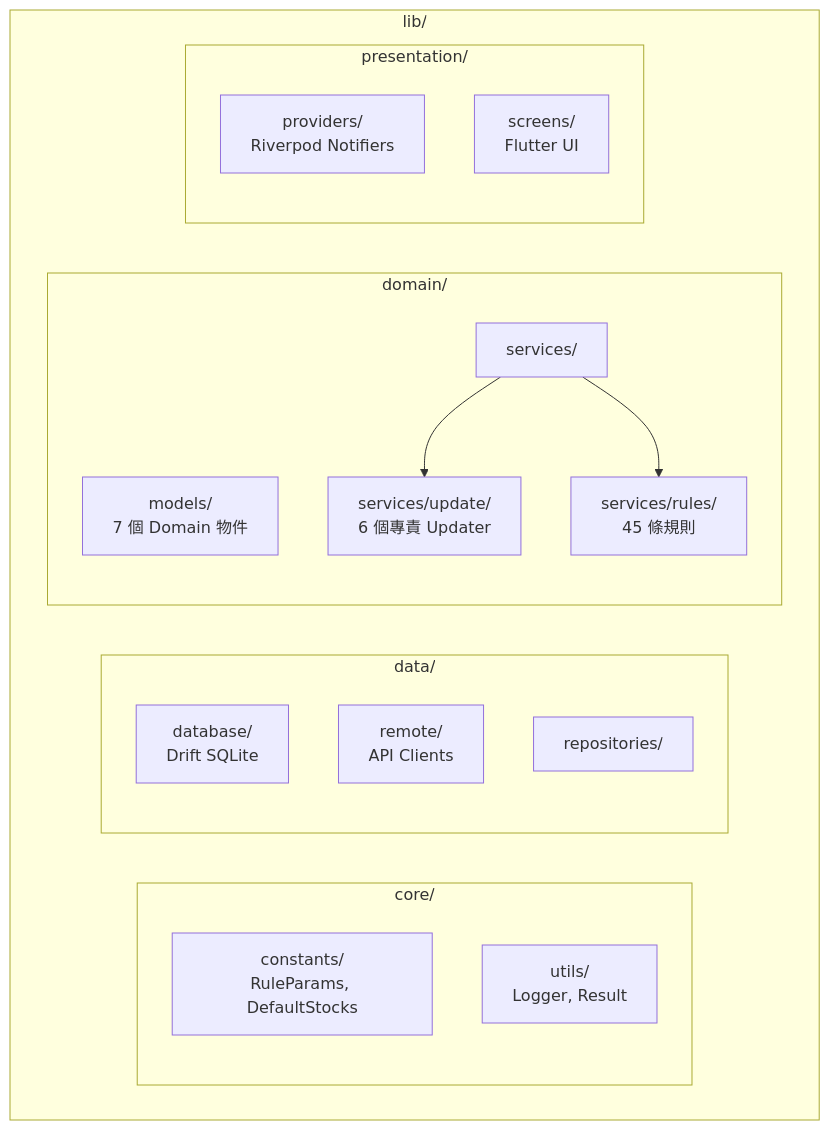
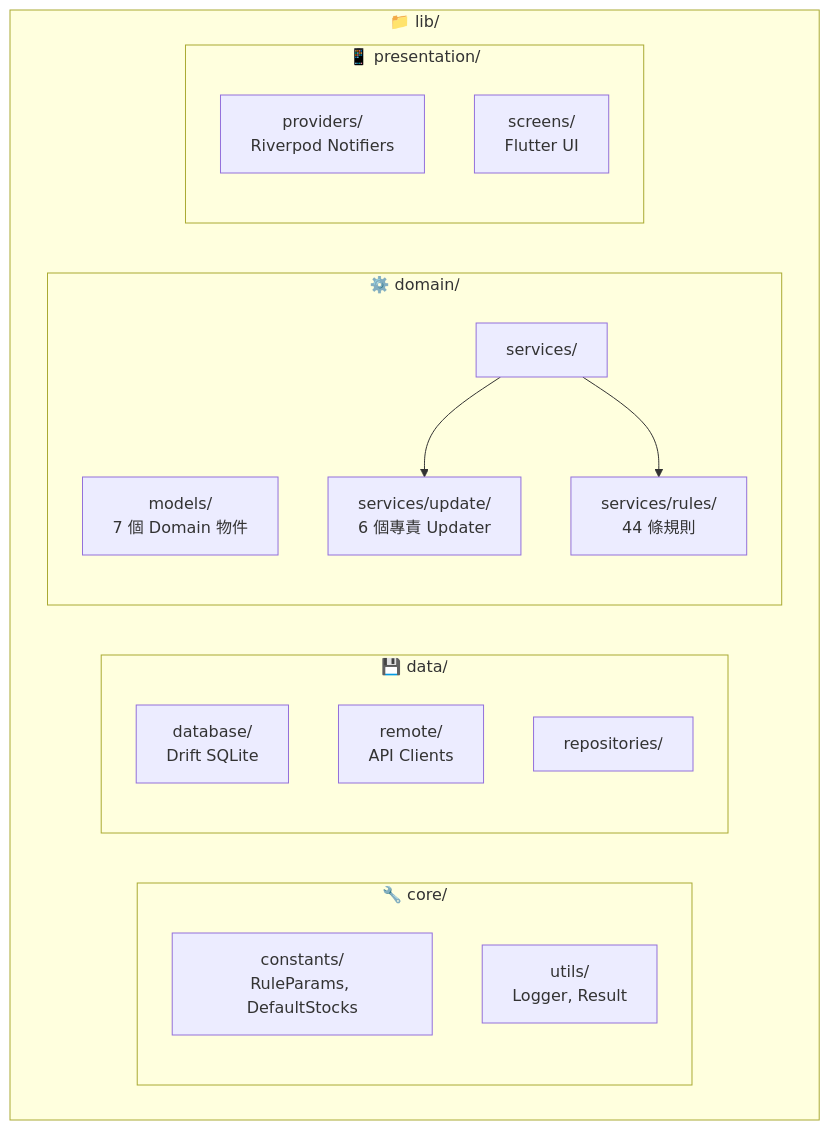
Before and after one commit to Neal75418/afterclose: the third of 4 diagrams in README.md, drawn with Mermaid. The commit also changed other lines of this file and 2 other files, not shown here.

First line of the commit message:
docs: 更新規則引擎文件與流程圖

````diff
--- a/README.md
+++ b/README.md
@@ -137,30 +111,30 @@
 ```mermaid
 graph TD
-    subgraph lib["lib/"]
-        subgraph core["core/"]
+    subgraph lib["📁 lib/"]
+        subgraph core["🔧 core/"]
             constants["constants/<br/>RuleParams, DefaultStocks"]
             utils["utils/<br/>Logger, Result"]
         end
 
-        subgraph data["data/"]
+        subgraph data["💾 data/"]
             database["database/<br/>Drift SQLite"]
             remote["remote/<br/>API Clients"]
             repositories["repositories/"]
         end
 
-        subgraph domain["domain/"]
+        subgraph domain["⚙️ domain/"]
             models["models/<br/>7 個 Domain 物件"]
             services["services/"]
             update["services/update/<br/>6 個專責 Updater"]
-            rules["services/rules/<br/>45 條規則"]
+            rules["services/rules/<br/>44 條規則"]
         end
 
-        subgraph presentation["presentation/"]
+        subgraph presentation["📱 presentation/"]
             providers["providers/<br/>Riverpod Notifiers"]
             screens["screens/<br/>Flutter UI"]
         end
     end
 
     services --> update
     services --> rules
 ```
````
